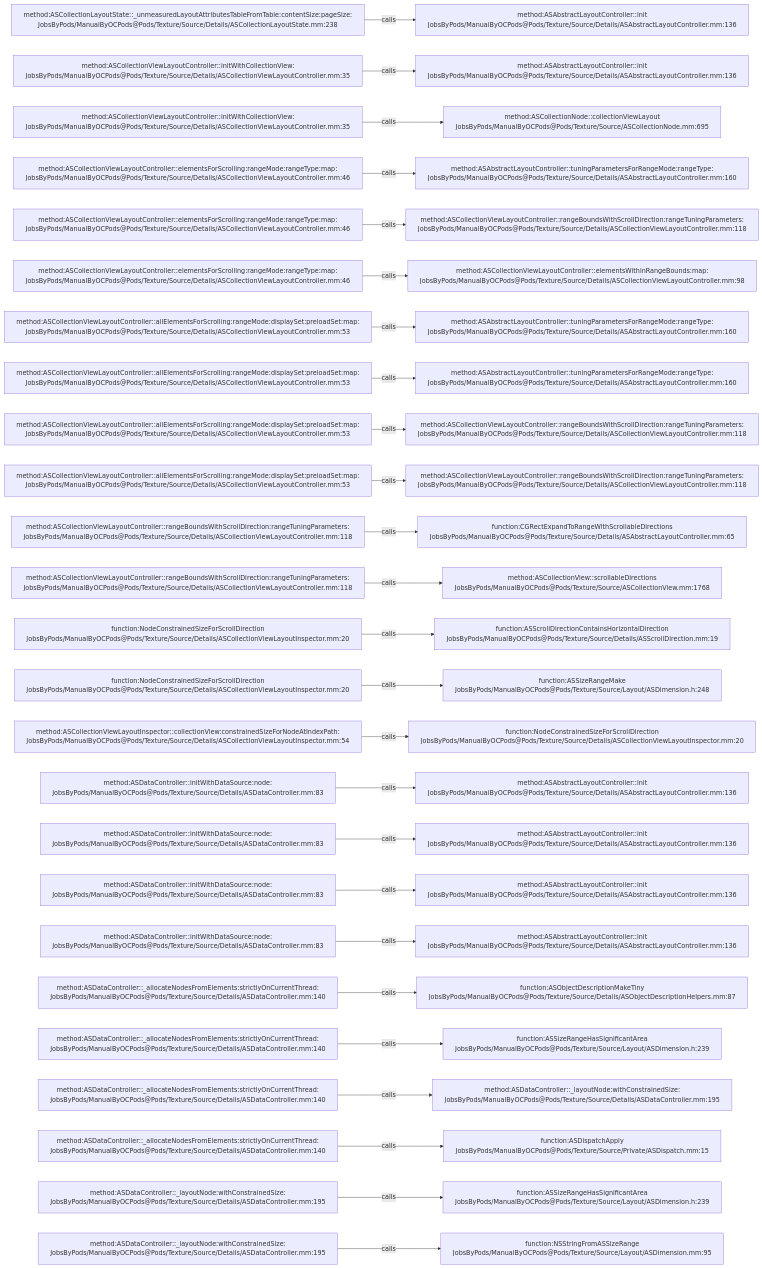
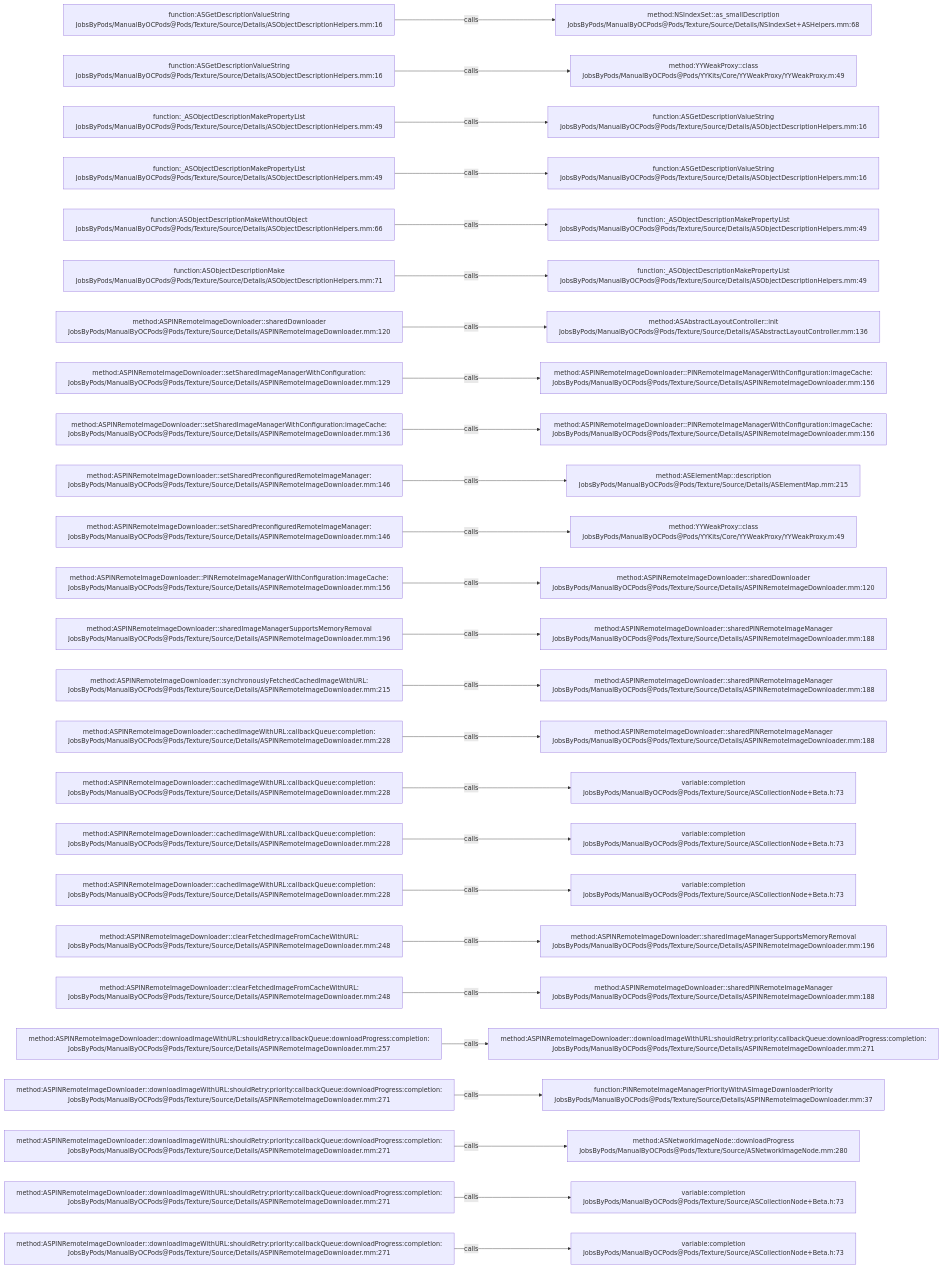
The diagram in .codegraph/codegraph.md/graphs/calls-145.md (JobsKits/JobsOCBaseConfigDemo), drawn with Mermaid before and after one commit. The commit also changed 2723 other files, not shown here.

````diff
--- a/.codegraph/codegraph.md/graphs/calls-145.md
+++ b/.codegraph/codegraph.md/graphs/calls-145.md
@@ -13,78 +13,78 @@
 ```mermaid
 flowchart LR
-  S1["method:ASCollectionLayoutState::_unmeasuredLayoutAttributesTableFromTable:contentSize:pageSize:<br/>JobsByPods/ManualByOCPods@Pods/Texture/Source/Details/ASCollectionLayoutState.mm:238"]
-  T1["method:ASAbstractLayoutController::init<br/>JobsByPods/ManualByOCPods@Pods/Texture/Source/Details/ASAbstractLayoutController.mm:136"]
+  S1["function:ASGetDescriptionValueString<br/>JobsByPods/ManualByOCPods@Pods/Texture/Source/Details/ASObjectDescriptionHelpers.mm:16"]
+  T1["method:NSIndexSet::as_smallDescription<br/>JobsByPods/ManualByOCPods@Pods/Texture/Source/Details/NSIndexSet+ASHelpers.mm:68"]
   S1 -->|calls| T1
-  S2["method:ASCollectionViewLayoutController::initWithCollectionView:<br/>JobsByPods/ManualByOCPods@Pods/Texture/Source/Details/ASCollectionViewLayoutController.mm:35"]
-  T2["method:ASAbstractLayoutController::init<br/>JobsByPods/ManualByOCPods@Pods/Texture/Source/Details/ASAbstractLayoutController.mm:136"]
+  S2["function:ASGetDescriptionValueString<br/>JobsByPods/ManualByOCPods@Pods/Texture/Source/Details/ASObjectDescriptionHelpers.mm:16"]
+  T2["method:YYWeakProxy::class<br/>JobsByPods/ManualByOCPods@Pods/YYKits/Core/YYWeakProxy/YYWeakProxy.m:49"]
   S2 -->|calls| T2
-  S3["method:ASCollectionViewLayoutController::initWithCollectionView:<br/>JobsByPods/ManualByOCPods@Pods/Texture/Source/Details/ASCollectionViewLayoutController.mm:35"]
-  T3["method:ASCollectionNode::collectionViewLayout<br/>JobsByPods/ManualByOCPods@Pods/Texture/Source/ASCollectionNode.mm:695"]
+  S3["function:_ASObjectDescriptionMakePropertyList<br/>JobsByPods/ManualByOCPods@Pods/Texture/Source/Details/ASObjectDescriptionHelpers.mm:49"]
+  T3["function:ASGetDescriptionValueString<br/>JobsByPods/ManualByOCPods@Pods/Texture/Source/Details/ASObjectDescriptionHelpers.mm:16"]
   S3 -->|calls| T3
-  S4["method:ASCollectionViewLayoutController::elementsForScrolling:rangeMode:rangeType:map:<br/>JobsByPods/ManualByOCPods@Pods/Texture/Source/Details/ASCollectionViewLayoutController.mm:46"]
-  T4["method:ASAbstractLayoutController::tuningParametersForRangeMode:rangeType:<br/>JobsByPods/ManualByOCPods@Pods/Texture/Source/Details/ASAbstractLayoutController.mm:160"]
+  S4["function:_ASObjectDescriptionMakePropertyList<br/>JobsByPods/ManualByOCPods@Pods/Texture/Source/Details/ASObjectDescriptionHelpers.mm:49"]
+  T4["function:ASGetDescriptionValueString<br/>JobsByPods/ManualByOCPods@Pods/Texture/Source/Details/ASObjectDescriptionHelpers.mm:16"]
   S4 -->|calls| T4
-  S5["method:ASCollectionViewLayoutController::elementsForScrolling:rangeMode:rangeType:map:<br/>JobsByPods/ManualByOCPods@Pods/Texture/Source/Details/ASCollectionViewLayoutController.mm:46"]
-  T5["method:ASCollectionViewLayoutController::rangeBoundsWithScrollDirection:rangeTuningParameters:<br/>JobsByPods/ManualByOCPods@Pods/Texture/Source/Details/ASCollectionViewLayoutController.mm:118"]
+  S5["function:ASObjectDescriptionMakeWithoutObject<br/>JobsByPods/ManualByOCPods@Pods/Texture/Source/Details/ASObjectDescriptionHelpers.mm:66"]
+  T5["function:_ASObjectDescriptionMakePropertyList<br/>JobsByPods/ManualByOCPods@Pods/Texture/Source/Details/ASObjectDescriptionHelpers.mm:49"]
   S5 -->|calls| T5
-  S6["method:ASCollectionViewLayoutController::elementsForScrolling:rangeMode:rangeType:map:<br/>JobsByPods/ManualByOCPods@Pods/Texture/Source/Details/ASCollectionViewLayoutController.mm:46"]
-  T6["method:ASCollectionViewLayoutController::elementsWithinRangeBounds:map:<br/>JobsByPods/ManualByOCPods@Pods/Texture/Source/Details/ASCollectionViewLayoutController.mm:98"]
+  S6["function:ASObjectDescriptionMake<br/>JobsByPods/ManualByOCPods@Pods/Texture/Source/Details/ASObjectDescriptionHelpers.mm:71"]
+  T6["function:_ASObjectDescriptionMakePropertyList<br/>JobsByPods/ManualByOCPods@Pods/Texture/Source/Details/ASObjectDescriptionHelpers.mm:49"]
   S6 -->|calls| T6
-  S7["method:ASCollectionViewLayoutController::allElementsForScrolling:rangeMode:displaySet:preloadSet:map:<br/>JobsByPods/ManualByOCPods@Pods/Texture/Source/Details/ASCollectionViewLayoutController.mm:53"]
-  T7["method:ASAbstractLayoutController::tuningParametersForRangeMode:rangeType:<br/>JobsByPods/ManualByOCPods@Pods/Texture/Source/Details/ASAbstractLayoutController.mm:160"]
+  S7["method:ASPINRemoteImageDownloader::sharedDownloader<br/>JobsByPods/ManualByOCPods@Pods/Texture/Source/Details/ASPINRemoteImageDownloader.mm:120"]
+  T7["method:ASAbstractLayoutController::init<br/>JobsByPods/ManualByOCPods@Pods/Texture/Source/Details/ASAbstractLayoutController.mm:136"]
   S7 -->|calls| T7
-  S8["method:ASCollectionViewLayoutController::allElementsForScrolling:rangeMode:displaySet:preloadSet:map:<br/>JobsByPods/ManualByOCPods@Pods/Texture/Source/Details/ASCollectionViewLayoutController.mm:53"]
-  T8["method:ASAbstractLayoutController::tuningParametersForRangeMode:rangeType:<br/>JobsByPods/ManualByOCPods@Pods/Texture/Source/Details/ASAbstractLayoutController.mm:160"]
+  S8["method:ASPINRemoteImageDownloader::setSharedImageManagerWithConfiguration:<br/>JobsByPods/ManualByOCPods@Pods/Texture/Source/Details/ASPINRemoteImageDownloader.mm:129"]
+  T8["method:ASPINRemoteImageDownloader::PINRemoteImageManagerWithConfiguration:imageCache:<br/>JobsByPods/ManualByOCPods@Pods/Texture/Source/Details/ASPINRemoteImageDownloader.mm:156"]
   S8 -->|calls| T8
-  S9["method:ASCollectionViewLayoutController::allElementsForScrolling:rangeMode:displaySet:preloadSet:map:<br/>JobsByPods/ManualByOCPods@Pods/Texture/Source/Details/ASCollectionViewLayoutController.mm:53"]
-  T9["method:ASCollectionViewLayoutController::rangeBoundsWithScrollDirection:rangeTuningParameters:<br/>JobsByPods/ManualByOCPods@Pods/Texture/Source/Details/ASCollectionViewLayoutController.mm:118"]
+  S9["method:ASPINRemoteImageDownloader::setSharedImageManagerWithConfiguration:imageCache:<br/>JobsByPods/ManualByOCPods@Pods/Texture/Source/Details/ASPINRemoteImageDownloader.mm:136"]
+  T9["method:ASPINRemoteImageDownloader::PINRemoteImageManagerWithConfiguration:imageCache:<br/>JobsByPods/ManualByOCPods@Pods/Texture/Source/Details/ASPINRemoteImageDownloader.mm:156"]
   S9 -->|calls| T9
-  S10["method:ASCollectionViewLayoutController::allElementsForScrolling:rangeMode:displaySet:preloadSet:map:<br/>JobsByPods/ManualByOCPods@Pods/Texture/Source/Details/ASCollectionViewLayoutController.mm:53"]
-  T10["method:ASCollectionViewLayoutController::rangeBoundsWithScrollDirection:rangeTuningParameters:<br/>JobsByPods/ManualByOCPods@Pods/Texture/Source/Details/ASCollectionViewLayoutController.mm:118"]
+  S10["method:ASPINRemoteImageDownloader::setSharedPreconfiguredRemoteImageManager:<br/>JobsByPods/ManualByOCPods@Pods/Texture/Source/Details/ASPINRemoteImageDownloader.mm:146"]
+  T10["method:ASElementMap::description<br/>JobsByPods/ManualByOCPods@Pods/Texture/Source/Details/ASElementMap.mm:215"]
   S10 -->|calls| T10
-  S11["method:ASCollectionViewLayoutController::rangeBoundsWithScrollDirection:rangeTuningParameters:<br/>JobsByPods/ManualByOCPods@Pods/Texture/Source/Details/ASCollectionViewLayoutController.mm:118"]
-  T11["function:CGRectExpandToRangeWithScrollableDirections<br/>JobsByPods/ManualByOCPods@Pods/Texture/Source/Details/ASAbstractLayoutController.mm:65"]
+  S11["method:ASPINRemoteImageDownloader::setSharedPreconfiguredRemoteImageManager:<br/>JobsByPods/ManualByOCPods@Pods/Texture/Source/Details/ASPINRemoteImageDownloader.mm:146"]
+  T11["method:YYWeakProxy::class<br/>JobsByPods/ManualByOCPods@Pods/YYKits/Core/YYWeakProxy/YYWeakProxy.m:49"]
   S11 -->|calls| T11
-  S12["method:ASCollectionViewLayoutController::rangeBoundsWithScrollDirection:rangeTuningParameters:<br/>JobsByPods/ManualByOCPods@Pods/Texture/Source/Details/ASCollectionViewLayoutController.mm:118"]
-  T12["method:ASCollectionView::scrollableDirections<br/>JobsByPods/ManualByOCPods@Pods/Texture/Source/ASCollectionView.mm:1768"]
+  S12["method:ASPINRemoteImageDownloader::PINRemoteImageManagerWithConfiguration:imageCache:<br/>JobsByPods/ManualByOCPods@Pods/Texture/Source/Details/ASPINRemoteImageDownloader.mm:156"]
+  T12["method:ASPINRemoteImageDownloader::sharedDownloader<br/>JobsByPods/ManualByOCPods@Pods/Texture/Source/Details/ASPINRemoteImageDownloader.mm:120"]
   S12 -->|calls| T12
-  S13["function:NodeConstrainedSizeForScrollDirection<br/>JobsByPods/ManualByOCPods@Pods/Texture/Source/Details/ASCollectionViewLayoutInspector.mm:20"]
-  T13["function:ASScrollDirectionContainsHorizontalDirection<br/>JobsByPods/ManualByOCPods@Pods/Texture/Source/Details/ASScrollDirection.mm:19"]
+  S13["method:ASPINRemoteImageDownloader::sharedImageManagerSupportsMemoryRemoval<br/>JobsByPods/ManualByOCPods@Pods/Texture/Source/Details/ASPINRemoteImageDownloader.mm:196"]
+  T13["method:ASPINRemoteImageDownloader::sharedPINRemoteImageManager<br/>JobsByPods/ManualByOCPods@Pods/Texture/Source/Details/ASPINRemoteImageDownloader.mm:188"]
   S13 -->|calls| T13
-  S14["function:NodeConstrainedSizeForScrollDirection<br/>JobsByPods/ManualByOCPods@Pods/Texture/Source/Details/ASCollectionViewLayoutInspector.mm:20"]
-  T14["function:ASSizeRangeMake<br/>JobsByPods/ManualByOCPods@Pods/Texture/Source/Layout/ASDimension.h:248"]
+  S14["method:ASPINRemoteImageDownloader::synchronouslyFetchedCachedImageWithURL:<br/>JobsByPods/ManualByOCPods@Pods/Texture/Source/Details/ASPINRemoteImageDownloader.mm:215"]
+  T14["method:ASPINRemoteImageDownloader::sharedPINRemoteImageManager<br/>JobsByPods/ManualByOCPods@Pods/Texture/Source/Details/ASPINRemoteImageDownloader.mm:188"]
   S14 -->|calls| T14
-  S15["method:ASCollectionViewLayoutInspector::collectionView:constrainedSizeForNodeAtIndexPath:<br/>JobsByPods/ManualByOCPods@Pods/Texture/Source/Details/ASCollectionViewLayoutInspector.mm:54"]
-  T15["function:NodeConstrainedSizeForScrollDirection<br/>JobsByPods/ManualByOCPods@Pods/Texture/Source/Details/ASCollectionViewLayoutInspector.mm:20"]
+  S15["method:ASPINRemoteImageDownloader::cachedImageWithURL:callbackQueue:completion:<br/>JobsByPods/ManualByOCPods@Pods/Texture/Source/Details/ASPINRemoteImageDownloader.mm:228"]
+  T15["method:ASPINRemoteImageDownloader::sharedPINRemoteImageManager<br/>JobsByPods/ManualByOCPods@Pods/Texture/Source/Details/ASPINRemoteImageDownloader.mm:188"]
   S15 -->|calls| T15
-  S16["method:ASDataController::initWithDataSource:node:<br/>JobsByPods/ManualByOCPods@Pods/Texture/Source/Details/ASDataController.mm:83"]
-  T16["method:ASAbstractLayoutController::init<br/>JobsByPods/ManualByOCPods@Pods/Texture/Source/Details/ASAbstractLayoutController.mm:136"]
+  S16["method:ASPINRemoteImageDownloader::cachedImageWithURL:callbackQueue:completion:<br/>JobsByPods/ManualByOCPods@Pods/Texture/Source/Details/ASPINRemoteImageDownloader.mm:228"]
+  T16["variable:completion<br/>JobsByPods/ManualByOCPods@Pods/Texture/Source/ASCollectionNode+Beta.h:73"]
   S16 -->|calls| T16
-  S17["method:ASDataController::initWithDataSource:node:<br/>JobsByPods/ManualByOCPods@Pods/Texture/Source/Details/ASDataController.mm:83"]
-  T17["method:ASAbstractLayoutController::init<br/>JobsByPods/ManualByOCPods@Pods/Texture/Source/Details/ASAbstractLayoutController.mm:136"]
+  S17["method:ASPINRemoteImageDownloader::cachedImageWithURL:callbackQueue:completion:<br/>JobsByPods/ManualByOCPods@Pods/Texture/Source/Details/ASPINRemoteImageDownloader.mm:228"]
+  T17["variable:completion<br/>JobsByPods/ManualByOCPods@Pods/Texture/Source/ASCollectionNode+Beta.h:73"]
   S17 -->|calls| T17
-  S18["method:ASDataController::initWithDataSource:node:<br/>JobsByPods/ManualByOCPods@Pods/Texture/Source/Details/ASDataController.mm:83"]
-  T18["method:ASAbstractLayoutController::init<br/>JobsByPods/ManualByOCPods@Pods/Texture/Source/Details/ASAbstractLayoutController.mm:136"]
+  S18["method:ASPINRemoteImageDownloader::cachedImageWithURL:callbackQueue:completion:<br/>JobsByPods/ManualByOCPods@Pods/Texture/Source/Details/ASPINRemoteImageDownloader.mm:228"]
+  T18["variable:completion<br/>JobsByPods/ManualByOCPods@Pods/Texture/Source/ASCollectionNode+Beta.h:73"]
   S18 -->|calls| T18
-  S19["method:ASDataController::initWithDataSource:node:<br/>JobsByPods/ManualByOCPods@Pods/Texture/Source/Details/ASDataController.mm:83"]
-  T19["method:ASAbstractLayoutController::init<br/>JobsByPods/ManualByOCPods@Pods/Texture/Source/Details/ASAbstractLayoutController.mm:136"]
+  S19["method:ASPINRemoteImageDownloader::clearFetchedImageFromCacheWithURL:<br/>JobsByPods/ManualByOCPods@Pods/Texture/Source/Details/ASPINRemoteImageDownloader.mm:248"]
+  T19["method:ASPINRemoteImageDownloader::sharedImageManagerSupportsMemoryRemoval<br/>JobsByPods/ManualByOCPods@Pods/Texture/Source/Details/ASPINRemoteImageDownloader.mm:196"]
   S19 -->|calls| T19
-  S20["method:ASDataController::_allocateNodesFromElements:strictlyOnCurrentThread:<br/>JobsByPods/ManualByOCPods@Pods/Texture/Source/Details/ASDataController.mm:140"]
-  T20["function:ASObjectDescriptionMakeTiny<br/>JobsByPods/ManualByOCPods@Pods/Texture/Source/Details/ASObjectDescriptionHelpers.mm:87"]
+  S20["method:ASPINRemoteImageDownloader::clearFetchedImageFromCacheWithURL:<br/>JobsByPods/ManualByOCPods@Pods/Texture/Source/Details/ASPINRemoteImageDownloader.mm:248"]
+  T20["method:ASPINRemoteImageDownloader::sharedPINRemoteImageManager<br/>JobsByPods/ManualByOCPods@Pods/Texture/Source/Details/ASPINRemoteImageDownloader.mm:188"]
   S20 -->|calls| T20
-  S21["method:ASDataController::_allocateNodesFromElements:strictlyOnCurrentThread:<br/>JobsByPods/ManualByOCPods@Pods/Texture/Source/Details/ASDataController.mm:140"]
-  T21["function:ASSizeRangeHasSignificantArea<br/>JobsByPods/ManualByOCPods@Pods/Texture/Source/Layout/ASDimension.h:239"]
+  S21["method:ASPINRemoteImageDownloader::downloadImageWithURL:shouldRetry:callbackQueue:downloadProgress:completion:<br/>JobsByPods/ManualByOCPods@Pods/Texture/Source/Details/ASPINRemoteImageDownloader.mm:257"]
+  T21["method:ASPINRemoteImageDownloader::downloadImageWithURL:shouldRetry:priority:callbackQueue:downloadProgress:completion:<br/>JobsByPods/ManualByOCPods@Pods/Texture/Source/Details/ASPINRemoteImageDownloader.mm:271"]
   S21 -->|calls| T21
-  S22["method:ASDataController::_allocateNodesFromElements:strictlyOnCurrentThread:<br/>JobsByPods/ManualByOCPods@Pods/Texture/Source/Details/ASDataController.mm:140"]
-  T22["method:ASDataController::_layoutNode:withConstrainedSize:<br/>JobsByPods/ManualByOCPods@Pods/Texture/Source/Details/ASDataController.mm:195"]
+  S22["method:ASPINRemoteImageDownloader::downloadImageWithURL:shouldRetry:priority:callbackQueue:downloadProgress:completion:<br/>JobsByPods/ManualByOCPods@Pods/Texture/Source/Details/ASPINRemoteImageDownloader.mm:271"]
+  T22["function:PINRemoteImageManagerPriorityWithASImageDownloaderPriority<br/>JobsByPods/ManualByOCPods@Pods/Texture/Source/Details/ASPINRemoteImageDownloader.mm:37"]
   S22 -->|calls| T22
-  S23["method:ASDataController::_allocateNodesFromElements:strictlyOnCurrentThread:<br/>JobsByPods/ManualByOCPods@Pods/Texture/Source/Details/ASDataController.mm:140"]
-  T23["function:ASDispatchApply<br/>JobsByPods/ManualByOCPods@Pods/Texture/Source/Private/ASDispatch.mm:15"]
+  S23["method:ASPINRemoteImageDownloader::downloadImageWithURL:shouldRetry:priority:callbackQueue:downloadProgress:completion:<br/>JobsByPods/ManualByOCPods@Pods/Texture/Source/Details/ASPINRemoteImageDownloader.mm:271"]
+  T23["method:ASNetworkImageNode::downloadProgress<br/>JobsByPods/ManualByOCPods@Pods/Texture/Source/ASNetworkImageNode.mm:280"]
   S23 -->|calls| T23
-  S24["method:ASDataController::_layoutNode:withConstrainedSize:<br/>JobsByPods/ManualByOCPods@Pods/Texture/Source/Details/ASDataController.mm:195"]
-  T24["function:ASSizeRangeHasSignificantArea<br/>JobsByPods/ManualByOCPods@Pods/Texture/Source/Layout/ASDimension.h:239"]
+  S24["method:ASPINRemoteImageDownloader::downloadImageWithURL:shouldRetry:priority:callbackQueue:downloadProgress:completion:<br/>JobsByPods/ManualByOCPods@Pods/Texture/Source/Details/ASPINRemoteImageDownloader.mm:271"]
+  T24["variable:completion<br/>JobsByPods/ManualByOCPods@Pods/Texture/Source/ASCollectionNode+Beta.h:73"]
   S24 -->|calls| T24
-  S25["method:ASDataController::_layoutNode:withConstrainedSize:<br/>JobsByPods/ManualByOCPods@Pods/Texture/Source/Details/ASDataController.mm:195"]
-  T25["function:NSStringFromASSizeRange<br/>JobsByPods/ManualByOCPods@Pods/Texture/Source/Layout/ASDimension.mm:95"]
+  S25["method:ASPINRemoteImageDownloader::downloadImageWithURL:shouldRetry:priority:callbackQueue:downloadProgress:completion:<br/>JobsByPods/ManualByOCPods@Pods/Texture/Source/Details/ASPINRemoteImageDownloader.mm:271"]
+  T25["variable:completion<br/>JobsByPods/ManualByOCPods@Pods/Texture/Source/ASCollectionNode+Beta.h:73"]
   S25 -->|calls| T25
 ```
````
